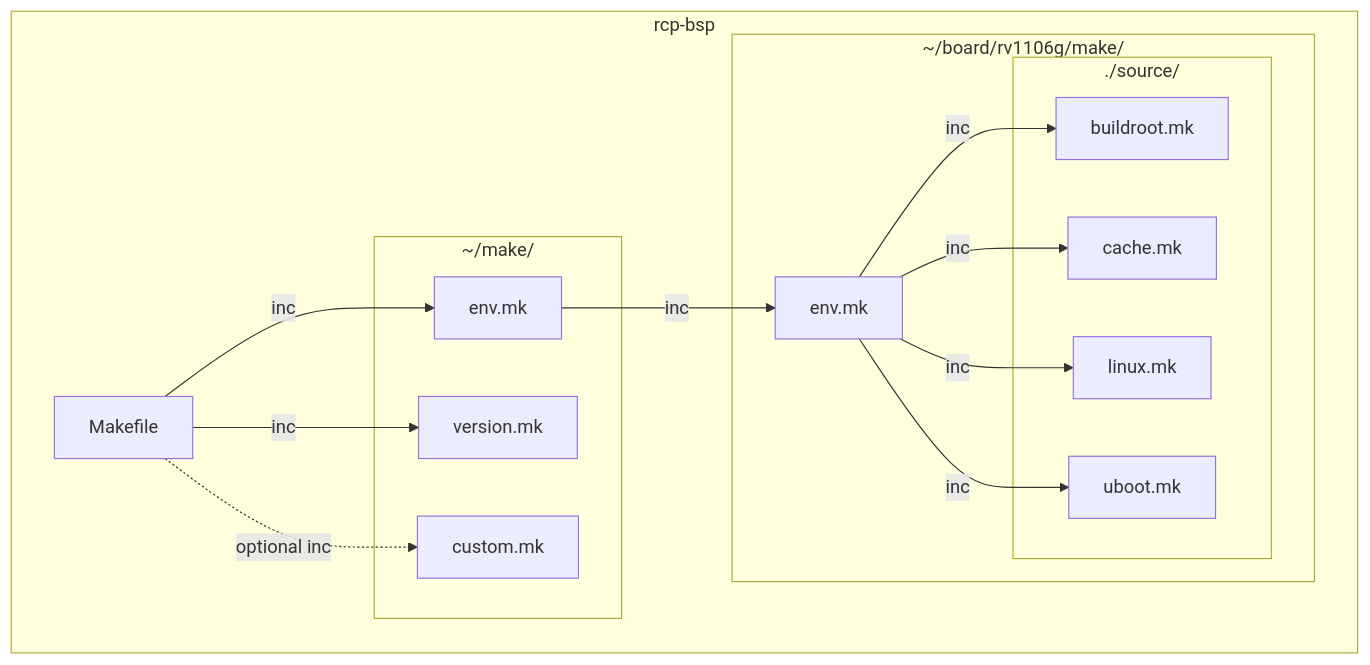
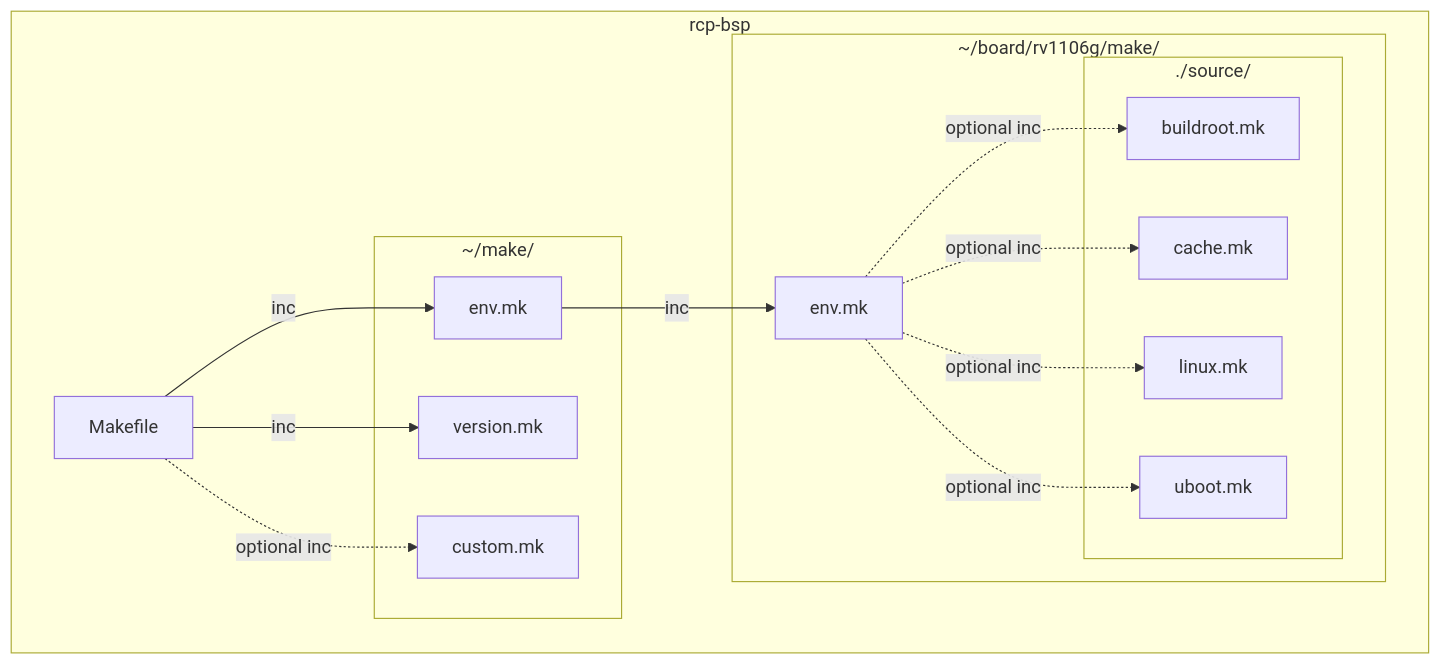
One commit to tactacam-ryanmoe/markdown-test changed the first of 3 diagrams in README.md. Above: the diagram before and after it, drawn with Mermaid. The commit also changed other lines of this file, not shown here.

````diff
--- a/README.md
+++ b/README.md
@@ -3,33 +3,33 @@
 ```mermaid
 flowchart TB
     subgraph rcp-bsp
         Makefile
     
         subgraph make1[~/make/]
             make_env[env.mk]
             make_version[version.mk]
             make_custom[custom.mk]
         end
 
         Makefile -- inc --> make_env
         Makefile -- inc--> make_version
         Makefile -. optional inc .-> make_custom
     
         subgraph board[~/board/rv1106g/make/]
             board_env[env.mk]
             subgraph source[./source/]
                 board_buildroot[buildroot.mk]
                 board_cache[cache.mk]
                 board_linux[linux.mk]
                 board_uboot[uboot.mk]
             end
         end
     
         make_env -- inc --> board_env
     
-        board_env -- inc --> board_buildroot
-        board_env -- inc --> board_cache
-        board_env -- inc --> board_linux
-        board_env -- inc --> board_uboot
+        board_env -. optional inc .-> board_buildroot
+        board_env -. optional inc .-> board_cache
+        board_env -. optional inc .-> board_linux
+        board_env -. optional inc .-> board_uboot
     end
 ```
````
